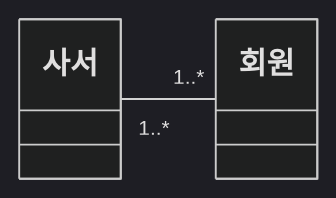
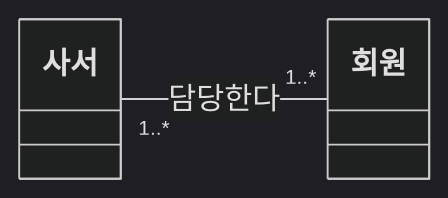
Before and after one commit to Dori-Develop/EIPStudy: the eighth of 30 diagrams in content/ch01.md, drawn with Mermaid (dark theme). The commit also changed other lines of this file and 25 other files, not shown here.

````diff
--- a/content/ch01.md
+++ b/content/ch01.md
@@ -551,5 +551,5 @@
 ```mermaid
 classDiagram
     direction LR
-    사서 "1..*" -- "1..*" 회원
+    사서 "1..*" -- "1..*" 회원 : 담당한다
 ```
````
